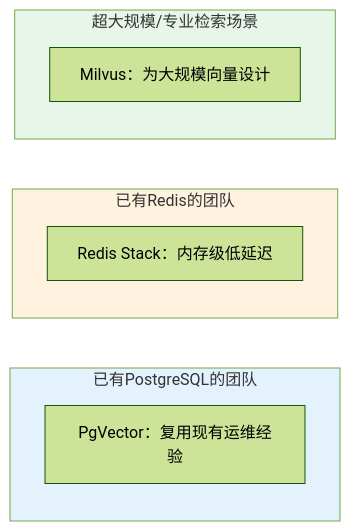
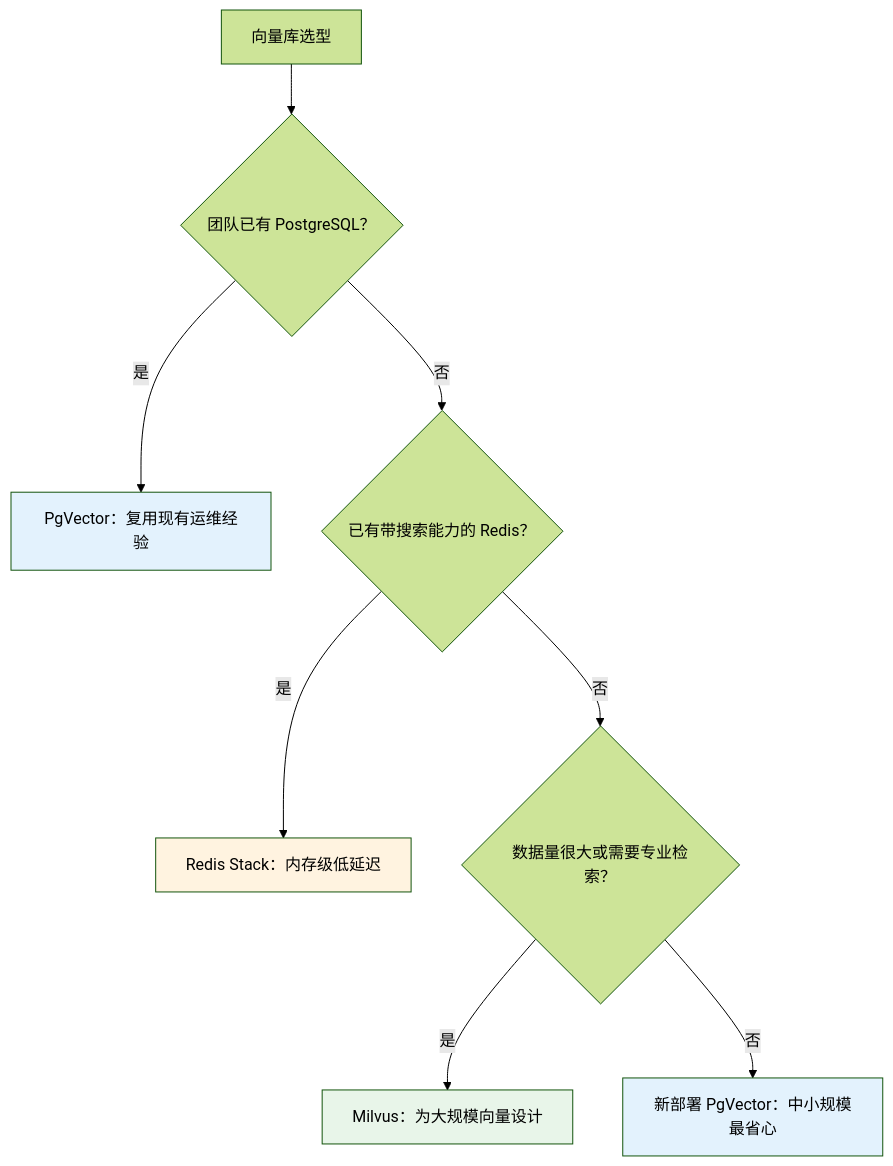
Before and after one commit to yjiace/smallyoung_blog: the sixth of 6 diagrams in docs/038-Spring AI 2.0 实战：用Java快速搭建RAG知识库系统.md, drawn with Mermaid (forest theme).

Commit message:
fix  Spring AI 2.0 实战：用Java快速搭建RAG知识库系统

````diff
--- a/docs/038-Spring AI 2.0 实战：用Java快速搭建RAG知识库系统.md
+++ b/docs/038-Spring AI 2.0 实战：用Java快速搭建RAG知识库系统.md
@@ -382,15 +382,15 @@
 ```mermaid
-flowchart LR
-    subgraph 关系型["已有PostgreSQL的团队"]
-        A1[PgVector：复用现有运维经验]
-    end
-    subgraph 缓存["已有Redis的团队"]
-        B1[Redis Stack：内存级低延迟]
-    end
-    subgraph 专用["超大规模/专业检索场景"]
-        C1[Milvus：为大规模向量设计]
-    end
-    style 关系型 fill:#e3f2fd
-    style 缓存 fill:#fff3e0
-    style 专用 fill:#e8f5e9
+flowchart TB
+    Q[向量库选型] --> D1{团队已有 PostgreSQL？}
+    D1 -->|是| A1[PgVector：复用现有运维经验]
+    D1 -->|否| D2{已有带搜索能力的 Redis？}
+    D2 -->|是| B1[Redis Stack：内存级低延迟]
+    D2 -->|否| D3{数据量很大或需要专业检索？}
+    D3 -->|是| C1[Milvus：为大规模向量设计]
+    D3 -->|否| A2[新部署 PgVector：中小规模最省心]
+    
+    style A1 fill:#e3f2fd
+    style A2 fill:#e3f2fd
+    style B1 fill:#fff3e0
+    style C1 fill:#e8f5e9
 ```
````
